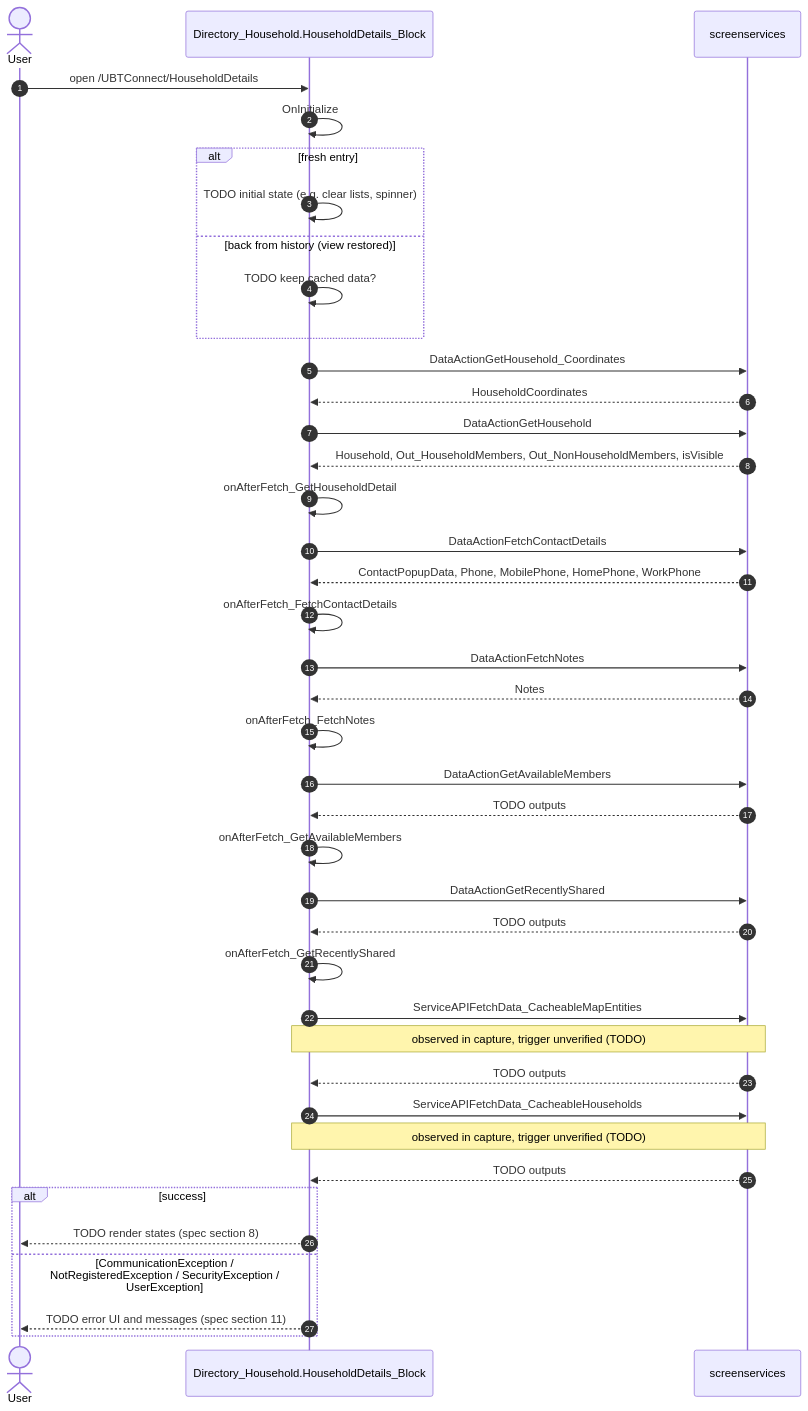
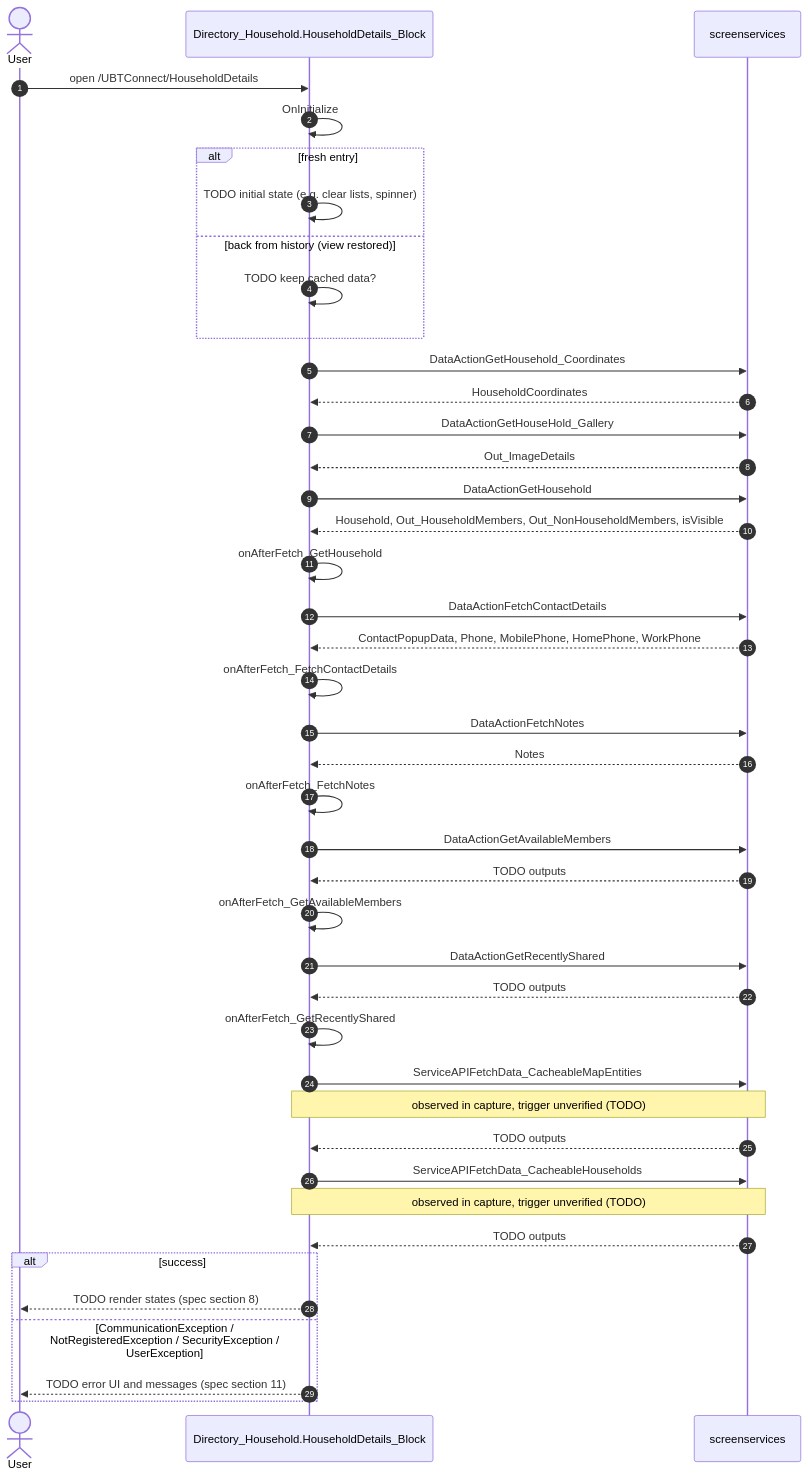
One commit to Phoenix-DX/connect-new-ui changed the second of 8 diagrams in migration/screens/HouseholdDetails/analysis/diagrams.md. Above: the diagram before and after it, drawn with Mermaid. The commit also changed other lines of this file and 1243 other files, not shown here.

````diff
--- a/migration/screens/HouseholdDetails/analysis/diagrams.md
+++ b/migration/screens/HouseholdDetails/analysis/diagrams.md
@@ -102,43 +105,45 @@
 ```mermaid
 %% DRAFT generated by analyze_capture.py. Fill every TODO from the handlers in sources/pretty.
 sequenceDiagram
   autonumber
   actor U as User
   participant S as Directory_Household.HouseholdDetails_Block
   participant API as screenservices
   U->>S: open /UBTConnect/HouseholdDetails
   S->>S: OnInitialize
   alt fresh entry
     S->>S: TODO initial state (e.g. clear lists, spinner)
   else back from history (view restored)
     S->>S: TODO keep cached data?
   end
   S->>API: DataActionGetHousehold_Coordinates
   API-->>S: HouseholdCoordinates
+  S->>API: DataActionGetHouseHold_Gallery
+  API-->>S: Out_ImageDetails
   S->>API: DataActionGetHousehold
   API-->>S: Household, Out_HouseholdMembers, Out_NonHouseholdMembers, isVisible
-  S->>S: onAfterFetch_GetHouseholdDetail
+  S->>S: onAfterFetch_GetHousehold
   S->>API: DataActionFetchContactDetails
   API-->>S: ContactPopupData, Phone, MobilePhone, HomePhone, WorkPhone
   S->>S: onAfterFetch_FetchContactDetails
   S->>API: DataActionFetchNotes
   API-->>S: Notes
   S->>S: onAfterFetch_FetchNotes
   S->>API: DataActionGetAvailableMembers
   API-->>S: TODO outputs
   S->>S: onAfterFetch_GetAvailableMembers
   S->>API: DataActionGetRecentlyShared
   API-->>S: TODO outputs
   S->>S: onAfterFetch_GetRecentlyShared
   S->>API: ServiceAPIFetchData_CacheableMapEntities
   Note over S,API: observed in capture, trigger unverified (TODO)
   API-->>S: TODO outputs
   S->>API: ServiceAPIFetchData_CacheableHouseholds
   Note over S,API: observed in capture, trigger unverified (TODO)
   API-->>S: TODO outputs
   alt success
     S-->>U: TODO render states (spec section 8)
   else CommunicationException / NotRegisteredException / SecurityException / UserException
     S-->>U: TODO error UI and messages (spec section 11)
   end
 ```
````
